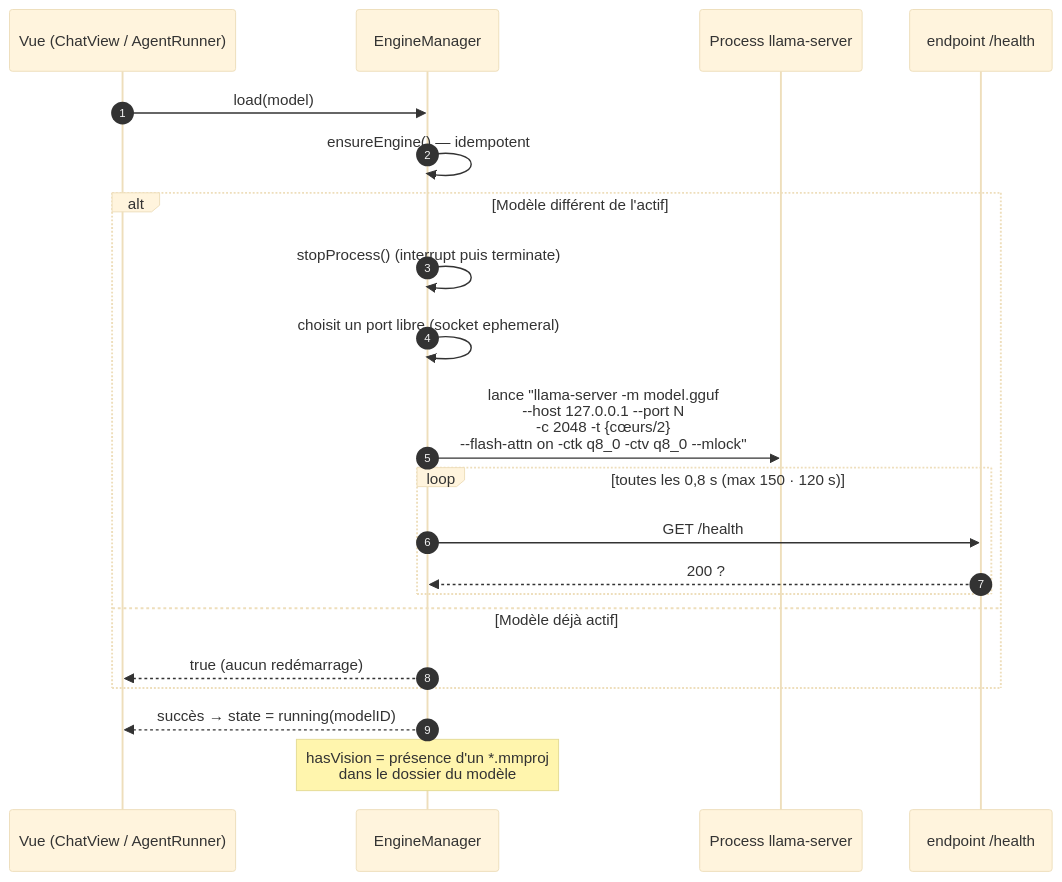
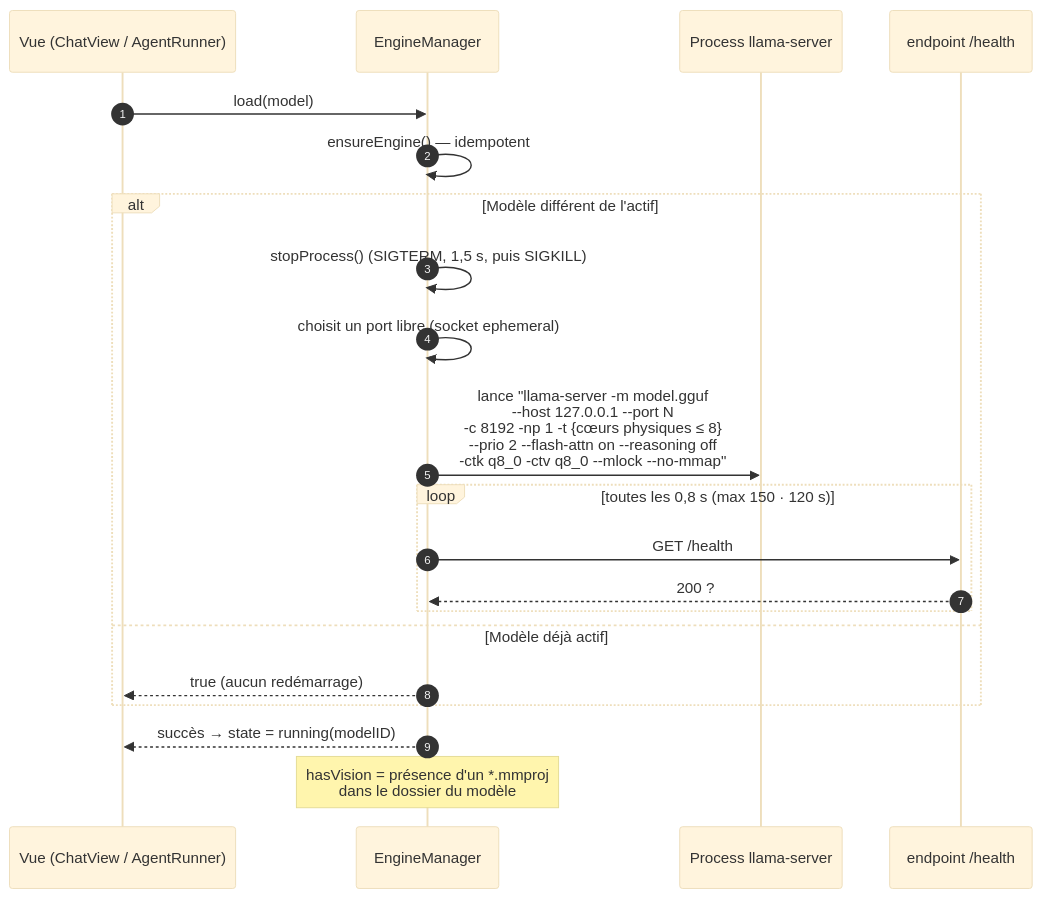
One commit to martialzinsou/KarenOs changed the sixth of 8 diagrams in docs/WIKIPEDIA.md. Above: the diagram before and after it, drawn with Mermaid (base theme). The commit also changed other lines of this file and 6 other files, not shown here.

````diff
--- a/docs/WIKIPEDIA.md
+++ b/docs/WIKIPEDIA.md
@@ -466,24 +466,24 @@
 ```mermaid
 sequenceDiagram
     autonumber
     participant V as Vue (ChatView / AgentRunner)
     participant E as EngineManager
     participant P as Process llama-server
     participant H as endpoint /health
 
     V->>E: load(model)
     E->>E: ensureEngine() — idempotent
     alt Modèle différent de l'actif
-        E->>E: stopProcess() (interrupt puis terminate)
+        E->>E: stopProcess() (SIGTERM, 1,5 s, puis SIGKILL)
         E->>E: choisit un port libre (socket ephemeral)
-        E->>P: lance "llama-server -m model.gguf<br/>--host 127.0.0.1 --port N<br/>-c 2048 -t {cœurs/2}<br/>--flash-attn on -ctk q8_0 -ctv q8_0 --mlock"
+        E->>P: lance "llama-server -m model.gguf<br/>--host 127.0.0.1 --port N<br/>-c 8192 -np 1 -t {cœurs physiques ≤ 8}<br/>--prio 2 --flash-attn on --reasoning off<br/>-ctk q8_0 -ctv q8_0 --mlock --no-mmap"
         loop toutes les 0,8 s (max 150 · 120 s)
             E->>H: GET /health
             H-->>E: 200 ?
         end
     else Modèle déjà actif
         E-->>V: true (aucun redémarrage)
     end
     E-->>V: succès → state = running(modelID)
     Note over E: hasVision = présence d'un *.mmproj<br/>dans le dossier du modèle
 ```
````
